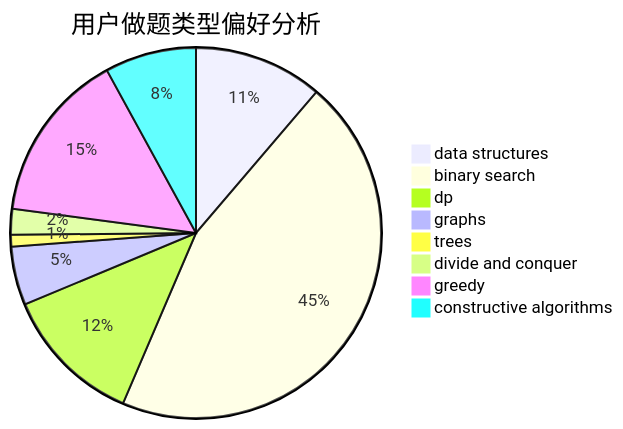
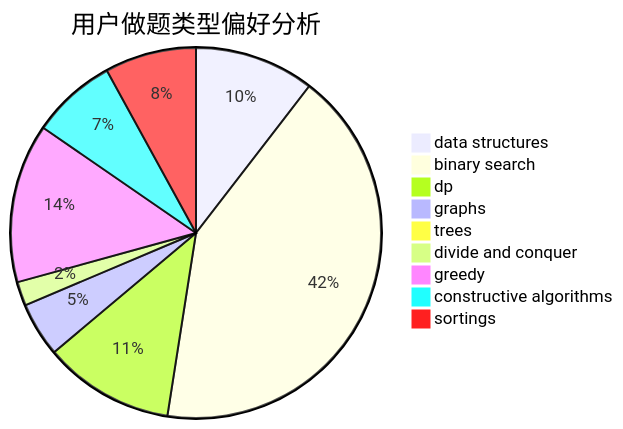
Before and after one commit to sherpahu/cfrs.github.io: the second of 3 diagrams in docs/user/u382.md, drawn with Mermaid. The commit also changed other lines of this file and 2769 other files, not shown here.

````diff
--- a/docs/user/u382.md
+++ b/docs/user/u382.md
@@ -23,11 +18,12 @@
 ```mermaid
 pie title 用户做题类型偏好分析
     "data structures" :  55
     "binary search" :  221
     "dp" :  60
     "graphs" :  25
     "trees" :  5
     "divide and conquer" :  11
     "greedy" :  73
     "constructive algorithms" :  39
+    "sortings" :  42
 ```
````
